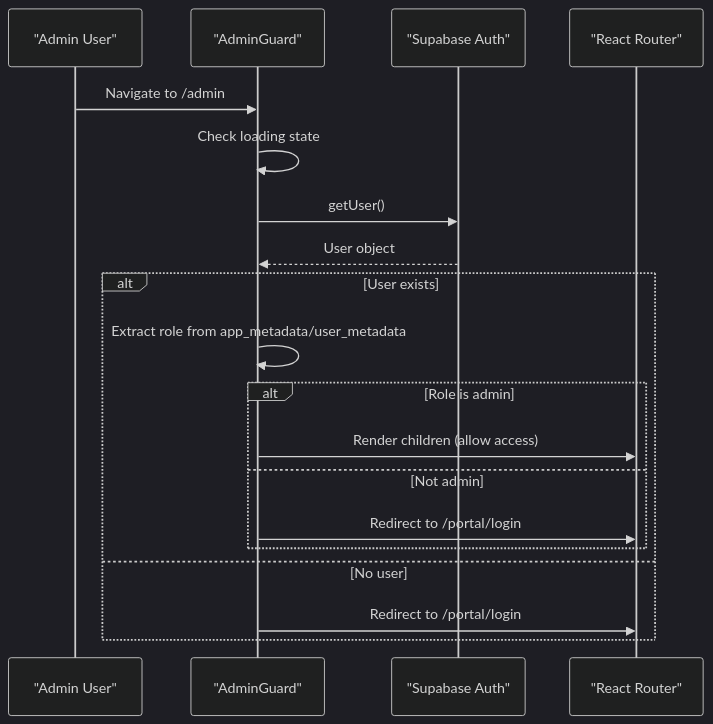
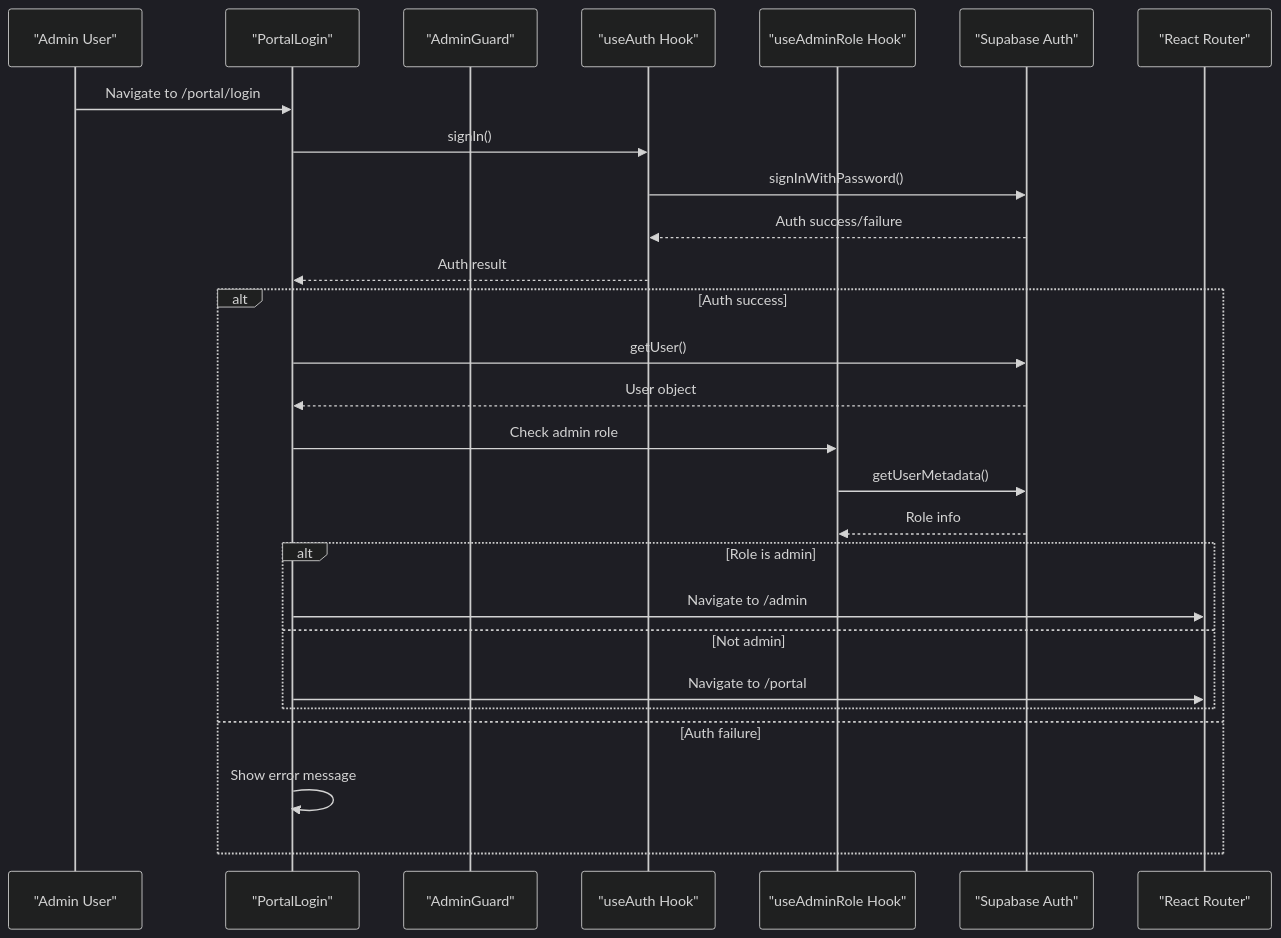
One commit to Hawky1/ryland changed the third of 8 diagrams in .qoder/repowiki/en/content/Application Architecture/Admin Portal System.md. Above: the diagram before and after it, drawn with Mermaid (dark theme). The commit also changed other lines of this file and 6 other files, not shown here.

Commit message:
Fix useAdminRole to cache result and prevent re-check on tab switch

````diff
--- a/.qoder/repowiki/en/content/Application Architecture/Admin Portal System.md
+++ b/.qoder/repowiki/en/content/Application Architecture/Admin Portal System.md
@@ -184,21 +228,29 @@
 ```mermaid
 sequenceDiagram
 participant User as "Admin User"
+participant PortalLogin as "PortalLogin"
 participant AdminGuard as "AdminGuard"
+participant AuthProvider as "useAuth Hook"
+participant AdminRoleHook as "useAdminRole Hook"
 participant Supabase as "Supabase Auth"
 participant Router as "React Router"
-User->>AdminGuard : Navigate to /admin
-AdminGuard->>AdminGuard : Check loading state
-AdminGuard->>Supabase : getUser()
-Supabase-->>AdminGuard : User object
-alt User exists
-AdminGuard->>AdminGuard : Extract role from app_metadata/user_metadata
+User->>PortalLogin : Navigate to /portal/login
+PortalLogin->>AuthProvider : signIn()
+AuthProvider->>Supabase : signInWithPassword()
+Supabase-->>AuthProvider : Auth success/failure
+AuthProvider-->>PortalLogin : Auth result
+alt Auth success
+PortalLogin->>Supabase : getUser()
+Supabase-->>PortalLogin : User object
+PortalLogin->>AdminRoleHook : Check admin role
+AdminRoleHook->>Supabase : getUserMetadata()
+Supabase-->>AdminRoleHook : Role info
 alt Role is admin
-AdminGuard->>Router : Render children (allow access)
+PortalLogin->>Router : Navigate to /admin
 else Not admin
-AdminGuard->>Router : Redirect to /portal/login
+PortalLogin->>Router : Navigate to /portal
 end
-else No user
-AdminGuard->>Router : Redirect to /portal/login
+else Auth failure
+PortalLogin->>PortalLogin : Show error message
 end
 ```
````
